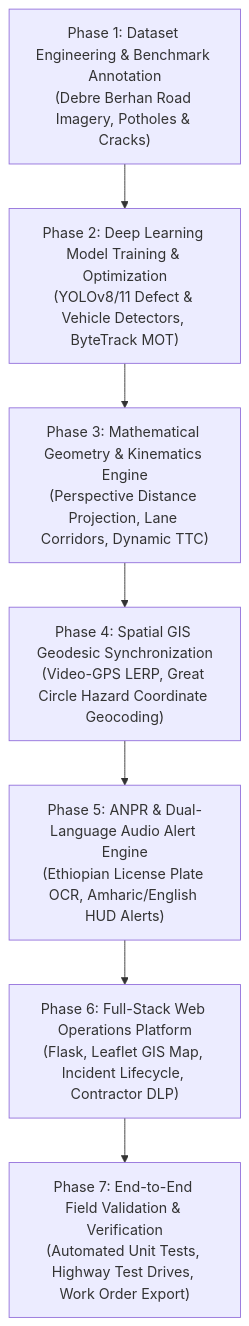
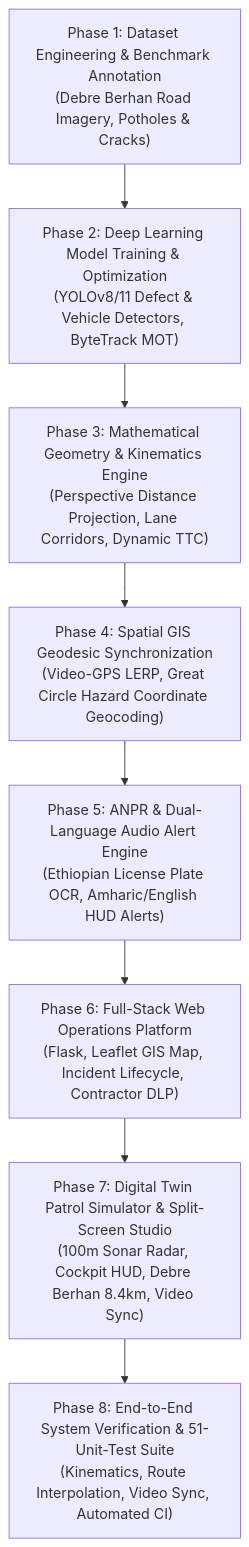
One commit to haile6/intelligent-road-monitoring-system changed the diagram in docs/project_proposal.md. Above: the diagram before and after it, drawn with Mermaid. The commit also changed other lines of this file, not shown here.

Commit message:
docs(proposal): update functional requirements matrix, verification milestones, and 51-test suite benchmarks

````diff
--- a/docs/project_proposal.md
+++ b/docs/project_proposal.md
@@ -239,12 +246,13 @@
 ```mermaid
 flowchart TD
     M1["Phase 1: Dataset Engineering & Benchmark Annotation\n(Debre Berhan Road Imagery, Potholes & Cracks)"]
     M2["Phase 2: Deep Learning Model Training & Optimization\n(YOLOv8/11 Defect & Vehicle Detectors, ByteTrack MOT)"]
     M3["Phase 3: Mathematical Geometry & Kinematics Engine\n(Perspective Distance Projection, Lane Corridors, Dynamic TTC)"]
     M4["Phase 4: Spatial GIS Geodesic Synchronization\n(Video-GPS LERP, Great Circle Hazard Coordinate Geocoding)"]
     M5["Phase 5: ANPR & Dual-Language Audio Alert Engine\n(Ethiopian License Plate OCR, Amharic/English HUD Alerts)"]
     M6["Phase 6: Full-Stack Web Operations Platform\n(Flask, Leaflet GIS Map, Incident Lifecycle, Contractor DLP)"]
-    M7["Phase 7: End-to-End Field Validation & Verification\n(Automated Unit Tests, Highway Test Drives, Work Order Export)"]
+    M7["Phase 7: Digital Twin Patrol Simulator & Split-Screen Studio\n(100m Sonar Radar, Cockpit HUD, Debre Berhan 8.4km, Video Sync)"]
+    M8["Phase 8: End-to-End System Verification & 51-Unit-Test Suite\n(Kinematics, Route Interpolation, Video Sync, Automated CI)"]
 
-    M1 --> M2 --> M3 --> M4 --> M5 --> M6 --> M7
+    M1 --> M2 --> M3 --> M4 --> M5 --> M6 --> M7 --> M8
 ```
````
